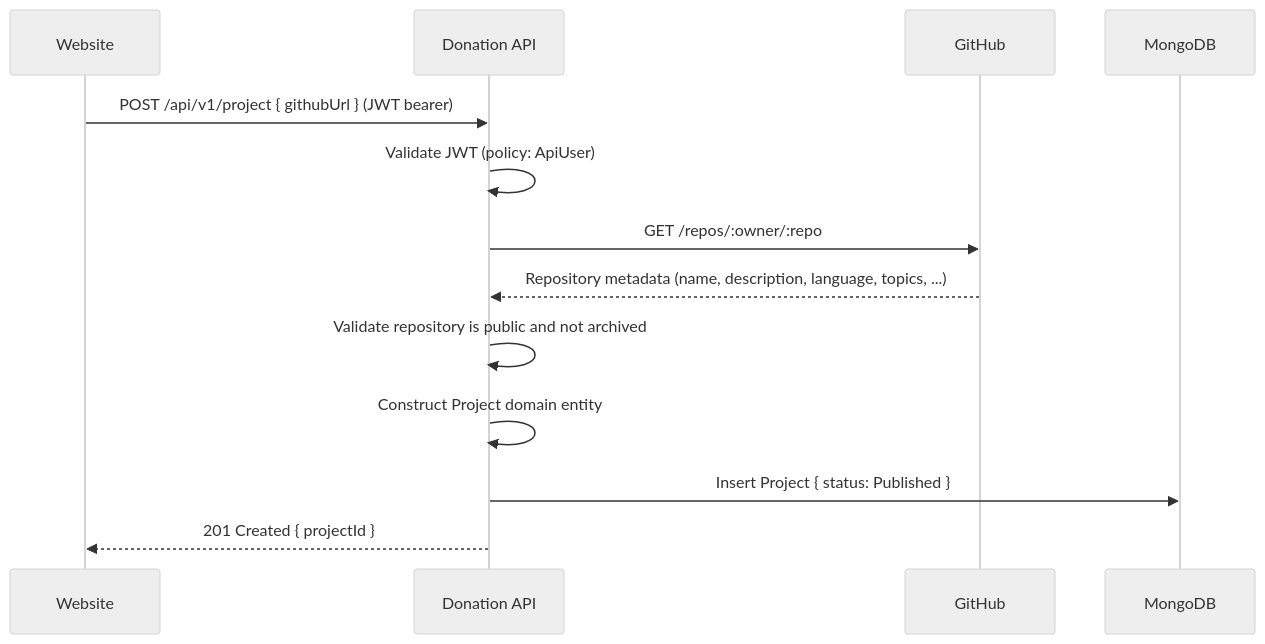
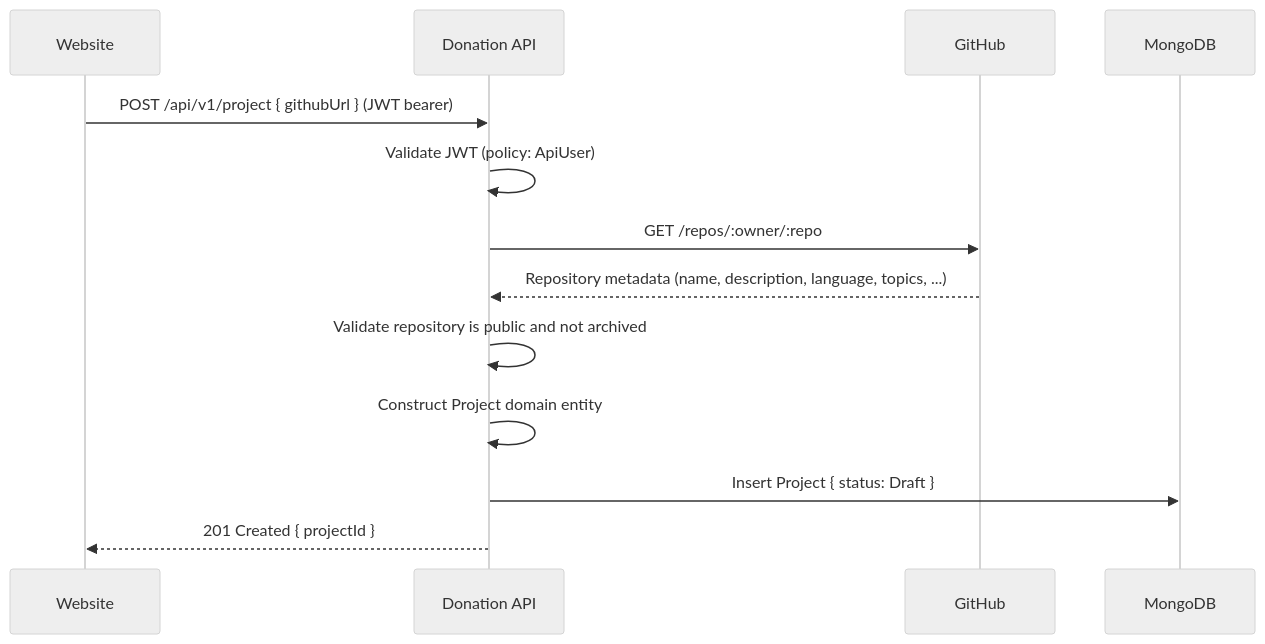
Before and after one commit to wouterfennis/TimeForCode: the third of 4 diagrams in docs/architecture/arc42/06-runtime-view.md, drawn with Mermaid (neutral theme). The commit also changed other lines of this file and 66 other files, not shown here.

````diff
--- a/docs/architecture/arc42/06-runtime-view.md
+++ b/docs/architecture/arc42/06-runtime-view.md
@@ -62,16 +62,16 @@
 ```mermaid
 sequenceDiagram
     participant Website
     participant DonationAPI as Donation API
     participant GitHub
     participant MongoDB
 
     Website->>DonationAPI: POST /api/v1/project { githubUrl } (JWT bearer)
     DonationAPI->>DonationAPI: Validate JWT (policy: ApiUser)
     DonationAPI->>GitHub: GET /repos/:owner/:repo
     GitHub-->>DonationAPI: Repository metadata (name, description, language, topics, ...)
     DonationAPI->>DonationAPI: Validate repository is public and not archived
     DonationAPI->>DonationAPI: Construct Project domain entity
-    DonationAPI->>MongoDB: Insert Project { status: Published }
+    DonationAPI->>MongoDB: Insert Project { status: Draft }
     DonationAPI-->>Website: 201 Created { projectId }
 ```
````
